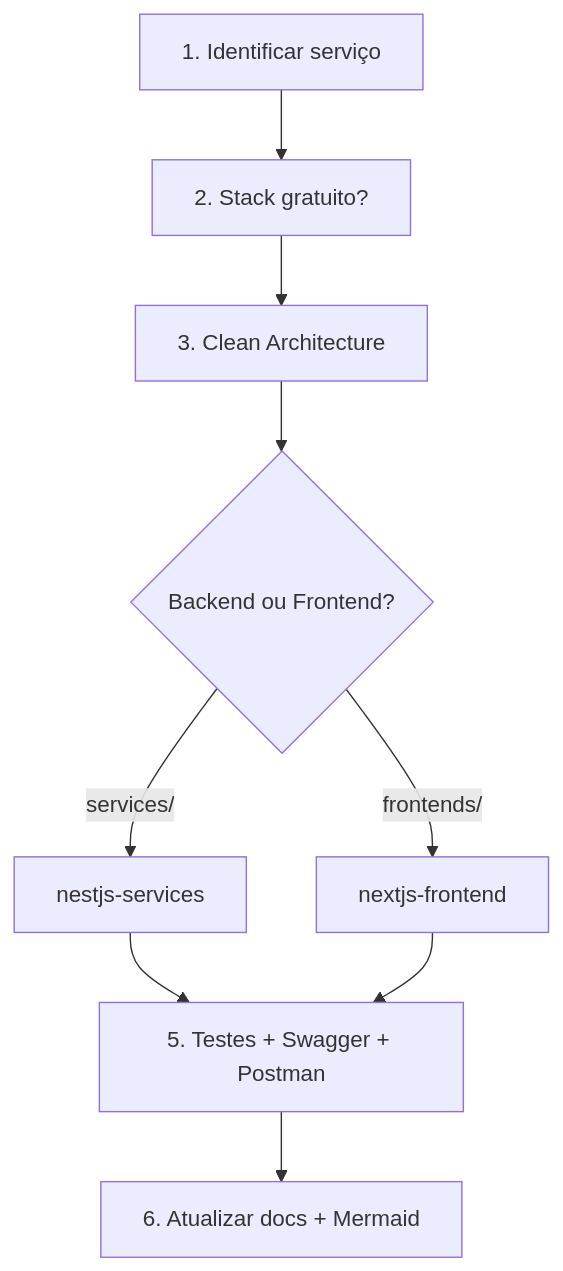
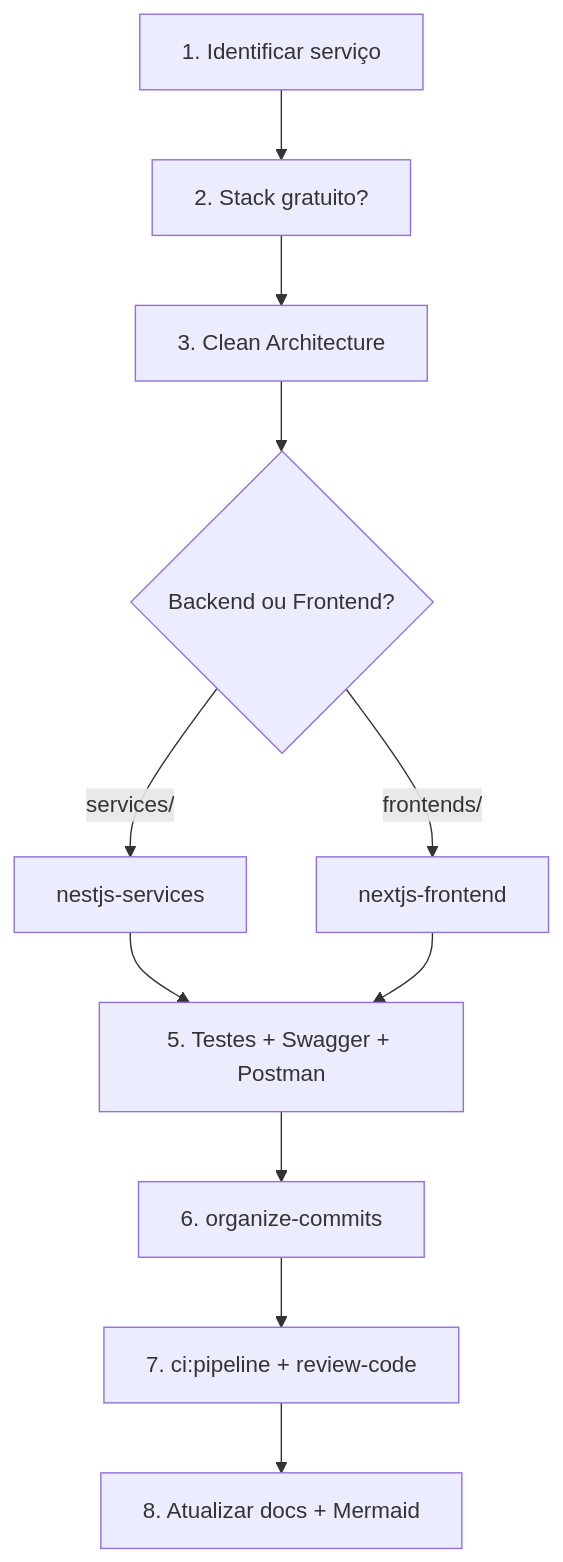
The diagram in .cursor/skills/myjarvis-development/SKILL.md (FranciscoStanley/MyJarvis), drawn with Mermaid before and after one commit. The commit also changed other lines of this file and 104 other files, not shown here.

````diff
--- a/.cursor/skills/myjarvis-development/SKILL.md
+++ b/.cursor/skills/myjarvis-development/SKILL.md
@@ -25,11 +27,13 @@
 ```mermaid
 flowchart TD
     A[1. Identificar serviço] --> B[2. Stack gratuito?]
     B --> C[3. Clean Architecture]
     C --> D{Backend ou Frontend?}
     D -->|services/| E[nestjs-services]
     D -->|frontends/| F[nextjs-frontend]
     E --> G[5. Testes + Swagger + Postman]
     F --> G
-    G --> H[6. Atualizar docs + Mermaid]
+    G --> H[6. organize-commits]
+    H --> I[7. ci:pipeline + review-code]
+    I --> J[8. Atualizar docs + Mermaid]
 ```
````
